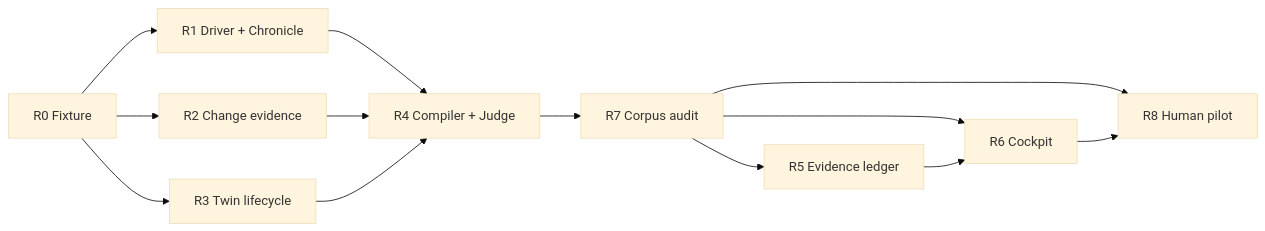
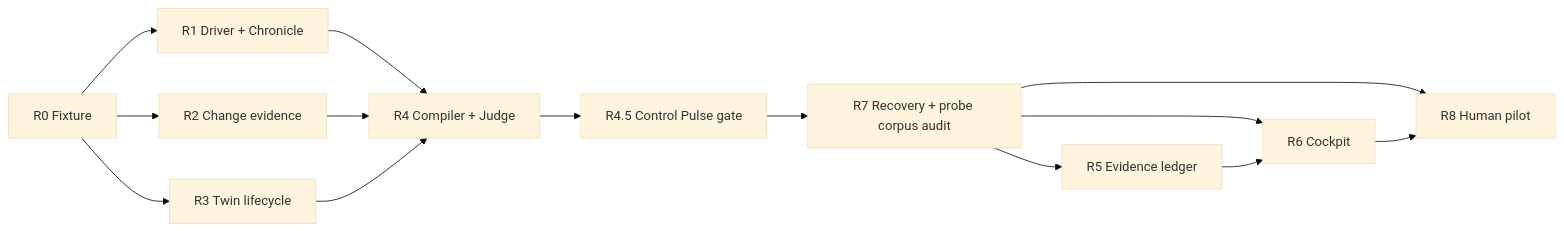
One commit to yava-code/PureFlow changed the diagram in docs/v0.3/AGENT_EXECUTION.md. Above: the diagram before and after it, drawn with Mermaid (base theme). The commit also changed other lines of this file and 13 other files, not shown here.

````diff
--- a/docs/v0.3/AGENT_EXECUTION.md
+++ b/docs/v0.3/AGENT_EXECUTION.md
@@ -343,15 +390,16 @@
 ```mermaid
 flowchart LR
     R0["R0 Fixture"] --> R1["R1 Driver + Chronicle"]
     R0 --> R2["R2 Change evidence"]
     R0 --> R3["R3 Twin lifecycle"]
     R1 --> R4["R4 Compiler + Judge"]
     R2 --> R4
     R3 --> R4
-    R4 --> R7["R7 Corpus audit"]
+    R4 --> R45["R4.5 Control Pulse gate"]
+    R45 --> R7["R7 Recovery + probe corpus audit"]
     R7 --> R5["R5 Evidence ledger"]
     R7 --> R6["R6 Cockpit"]
     R5 --> R6
     R7 --> R8["R8 Human pilot"]
     R6 --> R8
 ```
````
